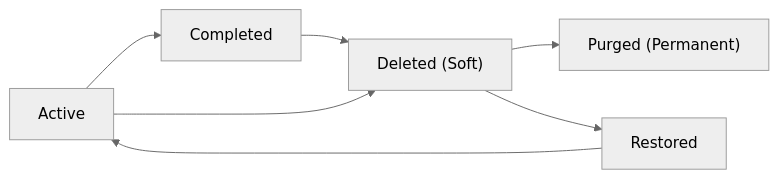
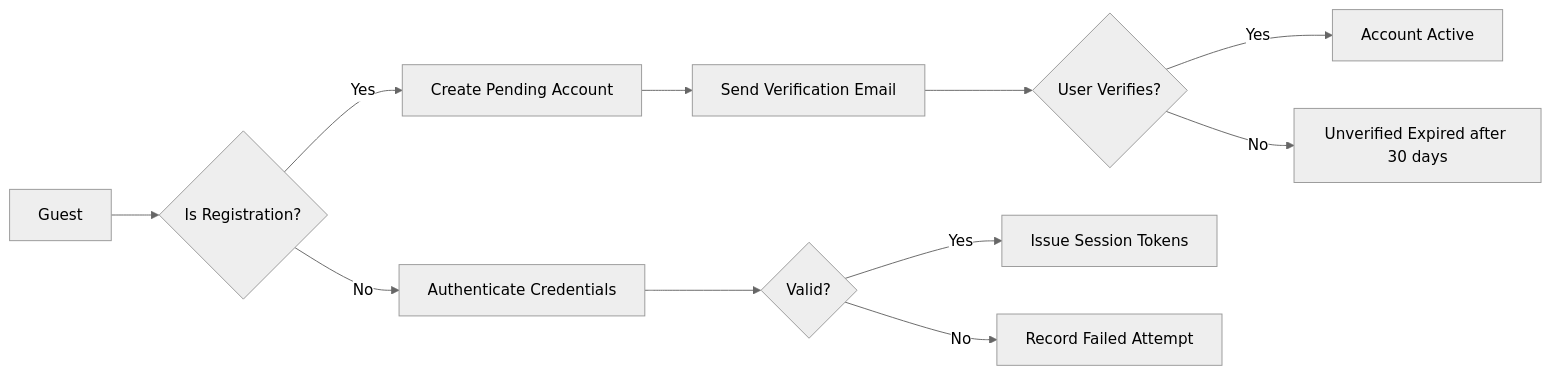
One commit to wrtnlabs/autobe-examples changed the first of 2 diagrams in openai/gpt-5-mini/todo/docs/analysis/01-service-overview.md. Above: the diagram before and after it, drawn with Mermaid (neutral theme). The commit also changed other lines of this file and 16146 other files, not shown here.

````diff
--- a/openai/gpt-5-mini/todo/docs/analysis/01-service-overview.md
+++ b/openai/gpt-5-mini/todo/docs/analysis/01-service-overview.md
@@ -140,9 +163,13 @@
 ```mermaid
 graph LR
-  A["Active"] --> B["Completed"]
-  B --> C["Deleted (Soft)"]
-  A --> C
-  C --> D["Purged (Permanent)"]
-  C --> E["Restored"]
-  E --> A
+  A["Guest"] --> B{"Is Registration?"}
+  B -->|"Yes"| C["Create Pending Account"]
+  C --> D["Send Verification Email"]
+  D --> E{"User Verifies?"}
+  E -->|"Yes"| F["Account Active"]
+  E -->|"No"| G["Unverified Expired after 30 days"]
+  B -->|"No"| H["Authenticate Credentials"]
+  H --> I{"Valid?"}
+  I -->|"Yes"| J["Issue Session Tokens"]
+  I -->|"No"| K["Record Failed Attempt"]
 ```
````
